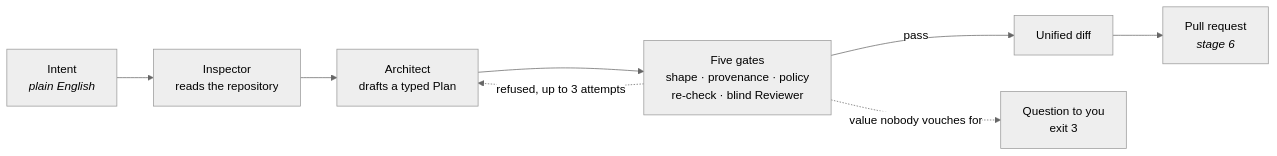
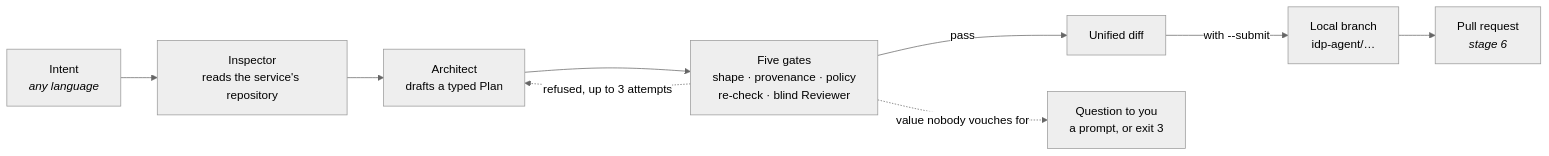
One commit to pcaboor/idp-agent changed the diagram in README.md. Above: the diagram before and after it, drawn with Mermaid (neutral theme). The commit also changed other lines of this file and 4 other files, not shown here.

````diff
--- a/README.md
+++ b/README.md
@@ -249,10 +311,11 @@
 ```mermaid
 flowchart LR
-    I["Intent<br/><i>plain English</i>"] --> INS["Inspector<br/>reads the repository"]
+    I["Intent<br/><i>any language</i>"] --> INS["Inspector<br/>reads the service's repository"]
     INS --> A["Architect<br/>drafts a typed Plan"]
     A --> G["Five gates<br/>shape · provenance · policy<br/>re-check · blind Reviewer"]
     G -- pass --> D["Unified diff"]
-    D --> PR["Pull request<br/><i>stage 6</i>"]
+    D -->|"with --submit"| B["Local branch<br/>idp-agent/…"]
+    B --> PR["Pull request<br/><i>stage 6</i>"]
     G -. refused, up to 3 attempts .-> A
-    G -. value nobody vouches for .-> Q["Question to you<br/>exit 3"]
+    G -. value nobody vouches for .-> Q["Question to you<br/>a prompt, or exit 3"]
 ```
````
